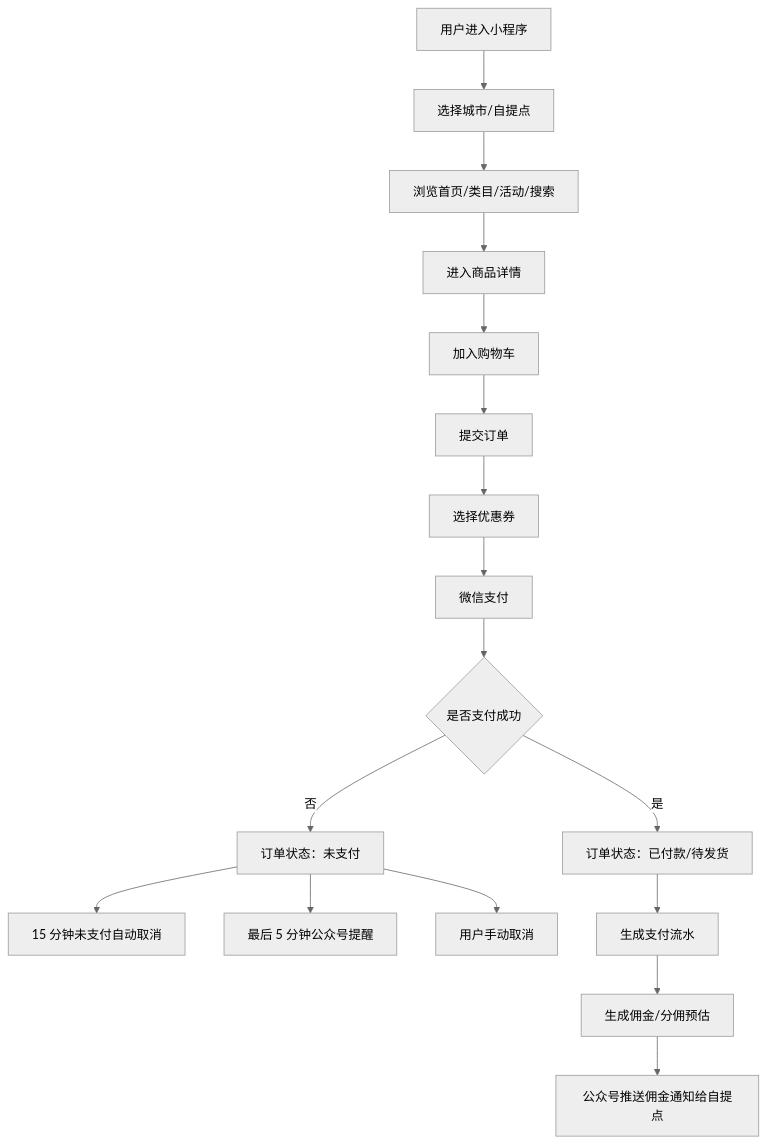
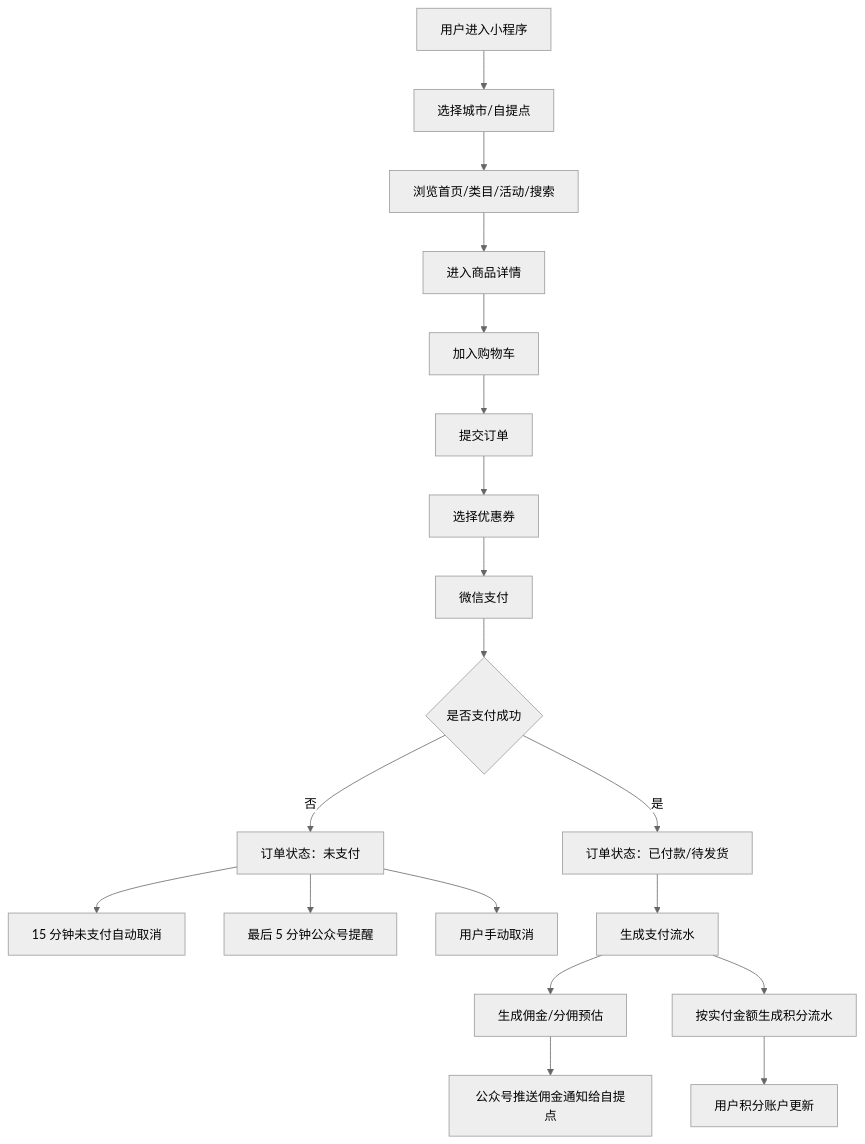
One commit to Chenfan0211/mall changed the fourth of 10 diagrams in design/商城项目流程文档.md. Above: the diagram before and after it, drawn with Mermaid (neutral theme). The commit also changed other lines of this file and 6 other files, not shown here.

````diff
--- a/design/商城项目流程文档.md
+++ b/design/商城项目流程文档.md
@@ -152,19 +154,21 @@
 ```mermaid
 flowchart TD
   A["用户进入小程序"] --> B["选择城市/自提点"]
   B --> C["浏览首页/类目/活动/搜索"]
   C --> D["进入商品详情"]
   D --> E["加入购物车"]
   E --> F["提交订单"]
   F --> G["选择优惠券"]
   G --> H["微信支付"]
   H --> I{"是否支付成功"}
   I -- 是 --> J["订单状态：已付款/待发货"]
   I -- 否 --> K["订单状态：未支付"]
   K --> L["15 分钟未支付自动取消"]
   K --> M["最后 5 分钟公众号提醒"]
   K --> N["用户手动取消"]
   J --> O["生成支付流水"]
   O --> P["生成佣金/分佣预估"]
+  O --> R["按实付金额生成积分流水"]
   P --> Q["公众号推送佣金通知给自提点"]
+  R --> S["用户积分账户更新"]
 ```
````
